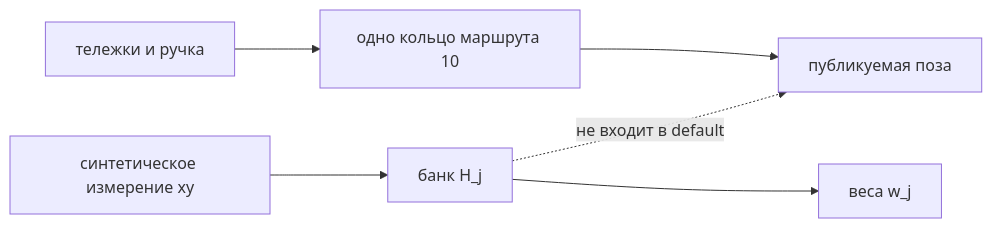
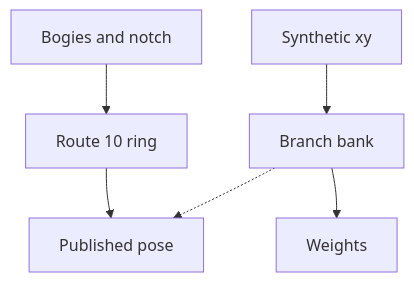
Before and after one commit to KonkovDV/RailBreak: the diagram in docs/solution/hypotheses.md, drawn with Mermaid. The commit also changed other lines of this file and 3 other files, not shown here.

First line of the commit message:
Поднять запуск в начало README и сузить схемы, чтобы GitHub рисовал их целиком.

````diff
--- a/docs/solution/hypotheses.md
+++ b/docs/solution/hypotheses.md
@@ -11,8 +11,8 @@
 ```mermaid
-flowchart LR
-  wheels["тележки и ручка"] --> ring["одно кольцо маршрута 10"]
-  ring --> pose["публикуемая поза"]
-  meas["синтетическое измерение xy"] --> bank["банк H_j"]
-  bank --> weights["веса w_j"]
-  bank -.->|"не входит в default"| pose
+flowchart TB
+  wheels[Bogies and notch] --> ring[Route 10 ring]
+  ring --> pose[Published pose]
+  meas[Synthetic xy] --> bank[Branch bank]
+  bank --> weights[Weights]
+  bank -.-> pose
 ```
````
